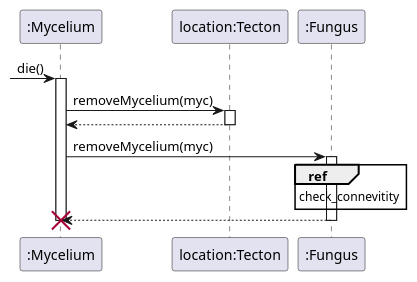
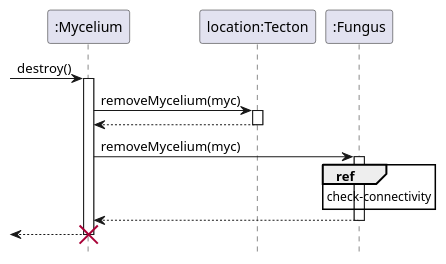
One commit to ZD4ve/projlab-error521 changed the diagram in Mycelium/mycelium-death.pu. Above: the diagram before and after it, drawn with PlantUML. The commit also changed 23 other files, not shown here.

```diff
--- a/Mycelium/mycelium-death.pu
+++ b/Mycelium/mycelium-death.pu
@@ -1,26 +1,26 @@
-@startuml mycelium_death
+@startuml Mycelium/mycelium-death
+hide footbox
 
 participant ":Mycelium" as mycelium
 participant "location:Tecton" as location
 participant ":Fungus" as fungus
 
--> mycelium: die()
+-> mycelium: destroy()
 activate mycelium
 
 mycelium -> location : removeMycelium(myc)
 activate location
-mycelium <-- location 
-deactivate location
+return
 
 
 mycelium -> fungus : removeMycelium(myc)
 activate fungus
 ref over fungus
-    check_connevitity 
+    check-connectivity
 end ref
-mycelium <-- fungus 
-deactivate fungus
+return
 
+<-- mycelium
 destroy mycelium
 
 @enduml
```
